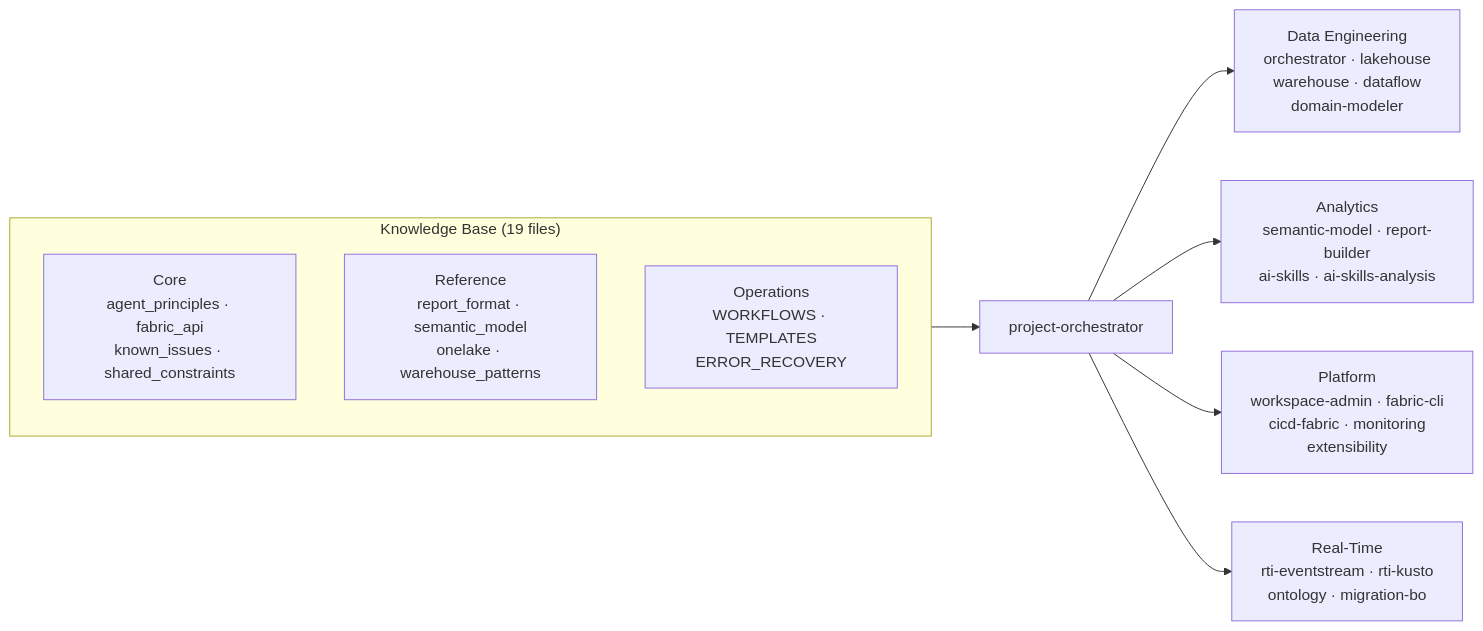
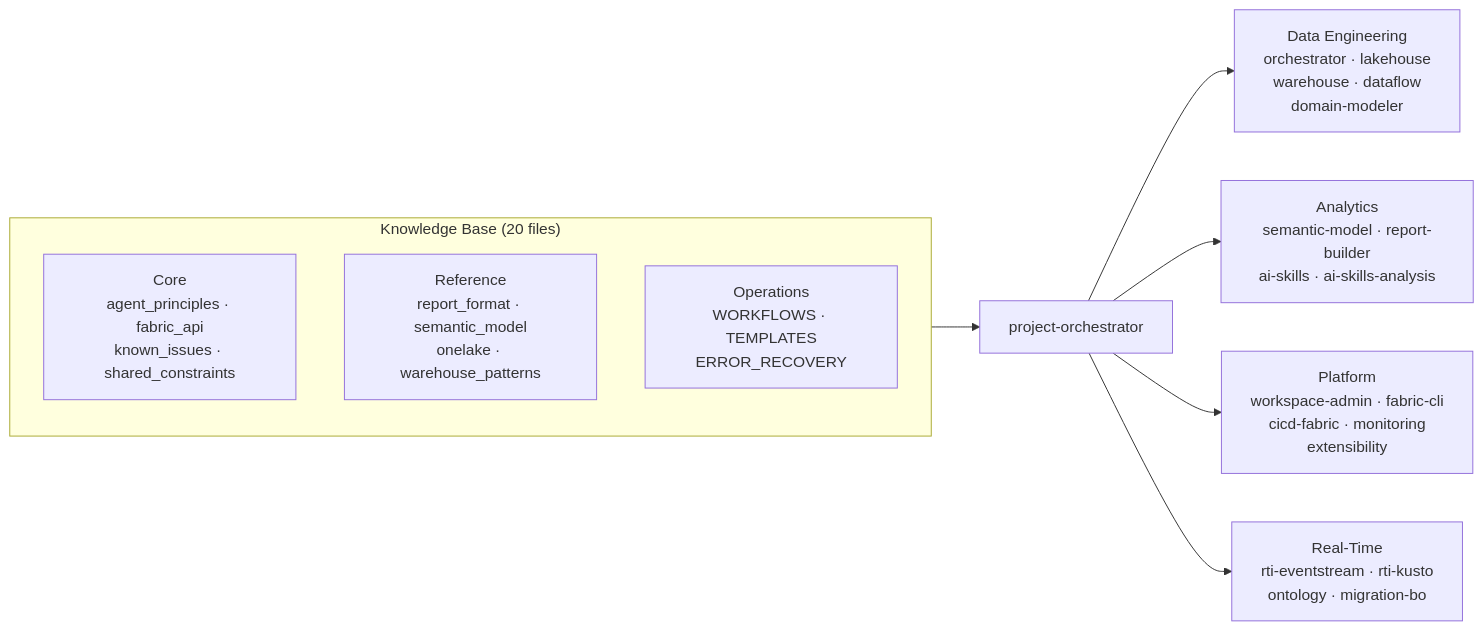
The diagram in README.md (Statyx/Github_Brain), drawn with Mermaid before and after one commit. The commit also changed other lines of this file and 1 other file, not shown here.

````diff
--- a/README.md
+++ b/README.md
@@ -140,16 +141,16 @@
 ```mermaid
 graph LR
-    subgraph Brain["Knowledge Base (19 files)"]
+    subgraph Brain["Knowledge Base (20 files)"]
         direction TB
         Core["Core\nagent_principles · fabric_api\nknown_issues · shared_constraints"]
         Ref["Reference\nreport_format · semantic_model\nonelake · warehouse_patterns"]
         Ops["Operations\nWORKFLOWS · TEMPLATES\nERROR_RECOVERY"]
     end
 
     Brain --> O["project-orchestrator"]
 
     O --> DE["Data Engineering\norchestrator · lakehouse\nwarehouse · dataflow\ndomain-modeler"]
     O --> AN["Analytics\nsemantic-model · report-builder\nai-skills · ai-skills-analysis"]
     O --> PL["Platform\nworkspace-admin · fabric-cli\ncicd-fabric · monitoring\nextensibility"]
     O --> RT["Real-Time\nrti-eventstream · rti-kusto\nontology · migration-bo"]
 ```
````
